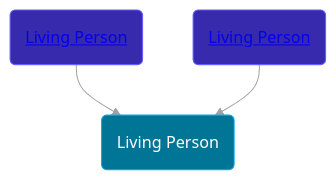
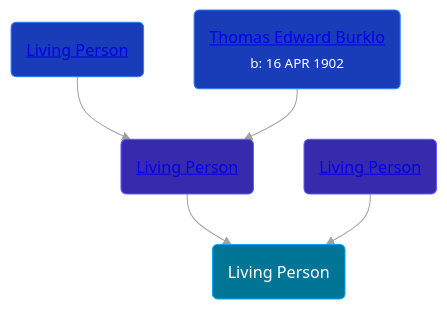
One commit to wpmgotkh/wpmgotkh.github.io changed the diagram in pages/people/2/21284059.md. Above: the diagram before and after it, drawn with Mermaid. The commit also changed 257 other files, not shown here.

````diff
--- a/pages/people/2/21284059.md
+++ b/pages/people/2/21284059.md
@@ -10,10 +10,12 @@
 ```mermaid
 graph
 classDef grands fill:#193cb8,stroke:#2b7fff,stroke-width:1px,color:#fff;
 classDef parents fill:#372aac,stroke:#615fff,stroke-width:1px,color:#fff;
 classDef primary fill:#007595,stroke:#00a6f4,stroke-width:1px,color:#fff;
 21284059(Living Person):::primary
 27090454(<a class="text-white" href="/people/2/27090454">Living Person</a>):::parents-->21284059
+21404312(<a class="text-white" href="/people/2/21404312">Living Person</a>):::grands-->27090454
+56412240(<a class="text-white" href="/people/5/56412240">Thomas Edward Burklo</a><br /><small>b: 16 APR 1902</small>):::grands-->27090454
 28832046(<a class="text-white" href="/people/2/28832046">Living Person</a>):::parents-->21284059
 linkStyle default stroke:#a1a1a1
 ```
````
